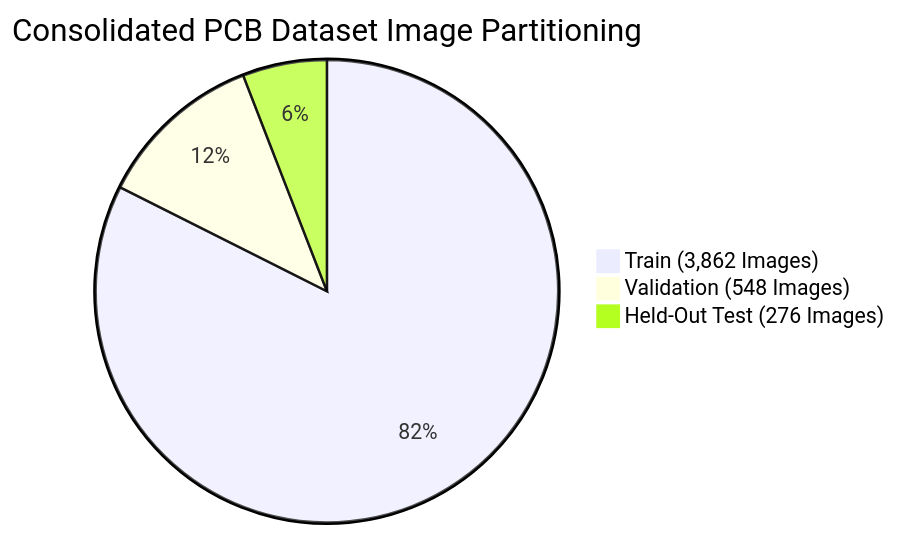
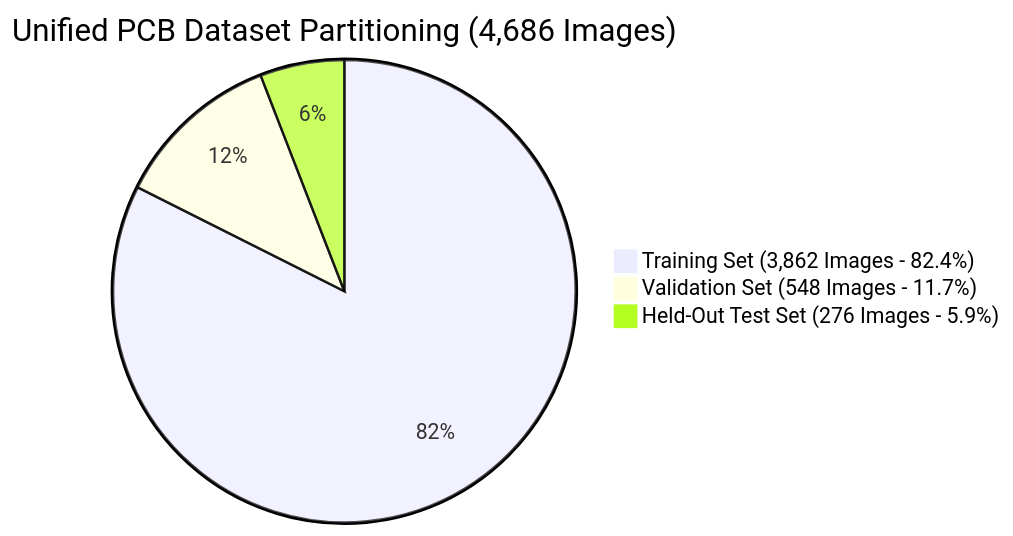
One commit to niteshd358/AI-Based-PCB-Defect-Detection-Localization changed the second of 2 diagrams in DETAILED_PROJECT_REPORT.md. Above: the diagram before and after it, drawn with Mermaid. The commit also changed other lines of this file, not shown here.

Commit message:
Streamline DPR: Concise sections, simple algorithm explanations, 6 defect sample images, and ECE lab physical testing

````diff
--- a/DETAILED_PROJECT_REPORT.md
+++ b/DETAILED_PROJECT_REPORT.md
@@ -255,6 +96,6 @@
 ```mermaid
-pie title Consolidated PCB Dataset Image Partitioning
-    "Train (3,862 Images)" : 3862
-    "Validation (548 Images)" : 548
-    "Held-Out Test (276 Images)" : 276
+pie title Unified PCB Dataset Partitioning (4,686 Images)
+    "Training Set (3,862 Images - 82.4%)" : 3862
+    "Validation Set (548 Images - 11.7%)" : 548
+    "Held-Out Test Set (276 Images - 5.9%)" : 276
 ```
````
